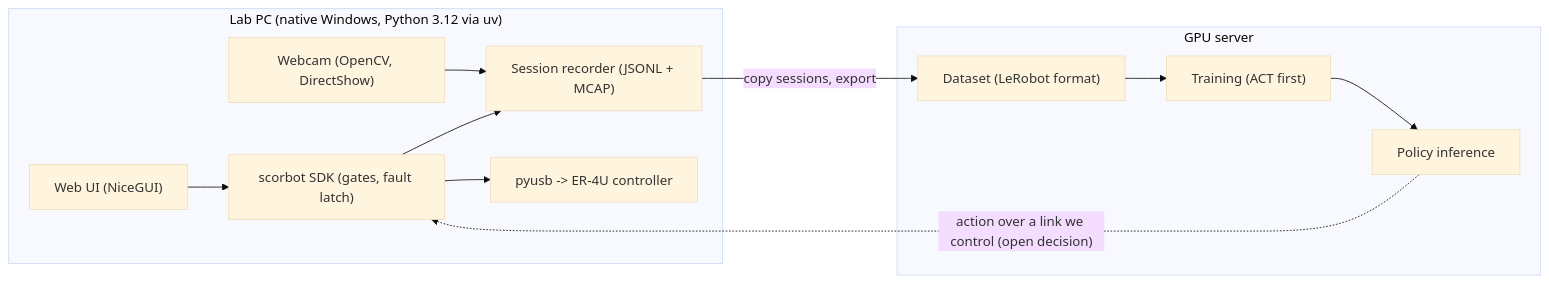
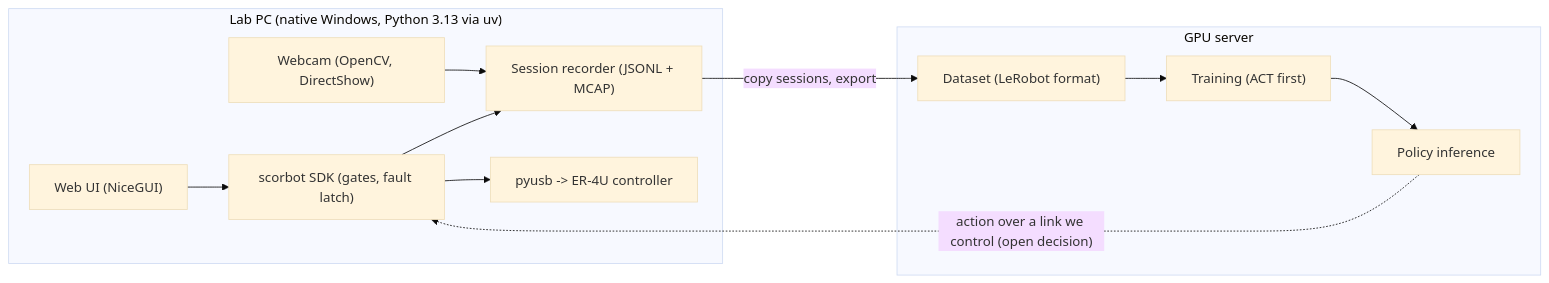
One commit to Sebastianr8243/scorbot-er4u-python changed the diagram in docs/DEPLOYMENT_OPTIONS.md. Above: the diagram before and after it, drawn with Mermaid (base theme). The commit also changed other lines of this file and 2 other files, not shown here.

First line of the commit message:
Run the lab PC on Python 3.13

````diff
--- a/docs/DEPLOYMENT_OPTIONS.md
+++ b/docs/DEPLOYMENT_OPTIONS.md
@@ -33,15 +33,15 @@
 ```mermaid
 flowchart LR
-  subgraph LAB["Lab PC (native Windows, Python 3.12 via uv)"]
+  subgraph LAB["Lab PC (native Windows, Python 3.13 via uv)"]
     UI["Web UI (NiceGUI)"] --> SDK["scorbot SDK (gates, fault latch)"]
     CAM["Webcam (OpenCV, DirectShow)"] --> REC["Session recorder (JSONL + MCAP)"]
     SDK --> REC
     SDK --> USB["pyusb -> ER-4U controller"]
   end
   subgraph GPU["GPU server"]
     EXP["Dataset (LeRobot format)"] --> TRAIN["Training (ACT first)"]
     TRAIN --> INF["Policy inference"]
   end
   REC -- "copy sessions, export" --> EXP
   INF -. "action over a link we control (open decision)" .-> SDK
 ```
````
